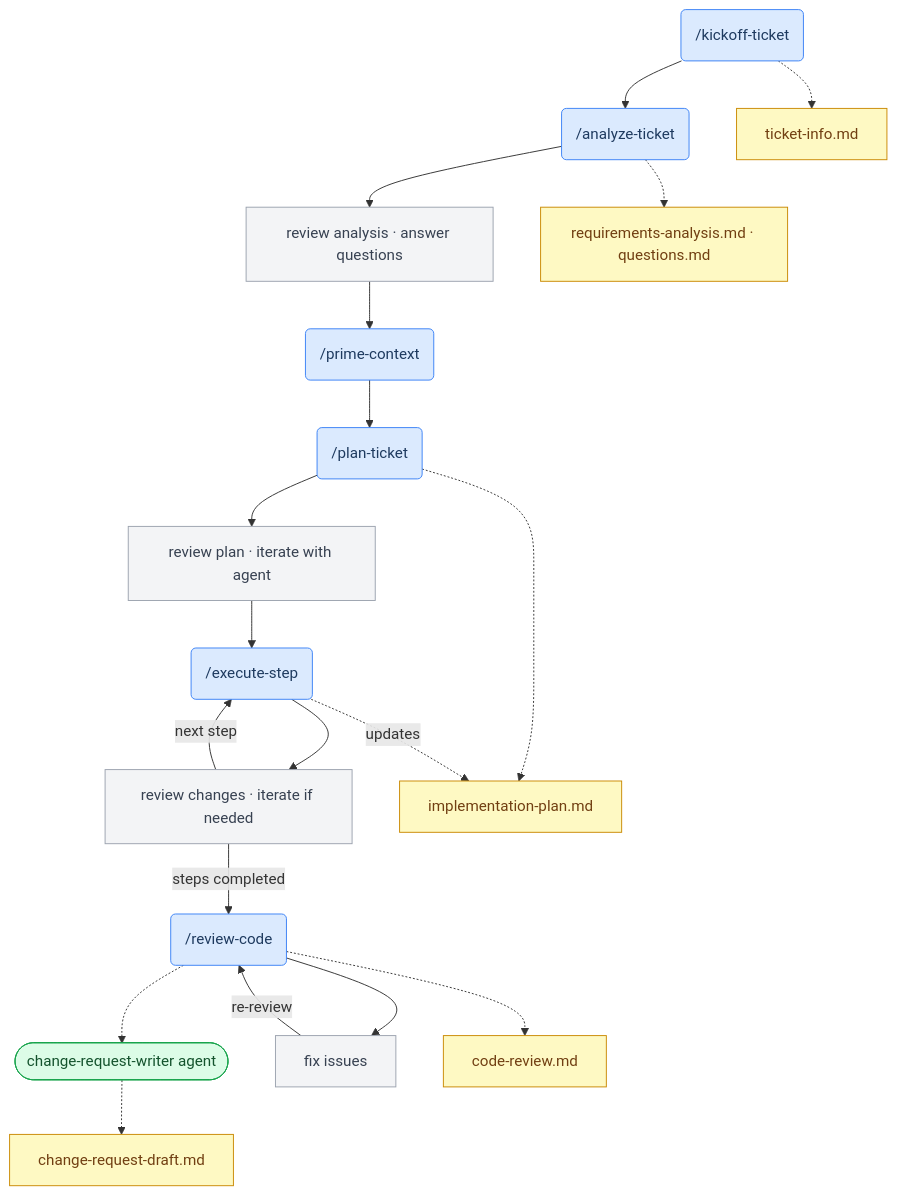
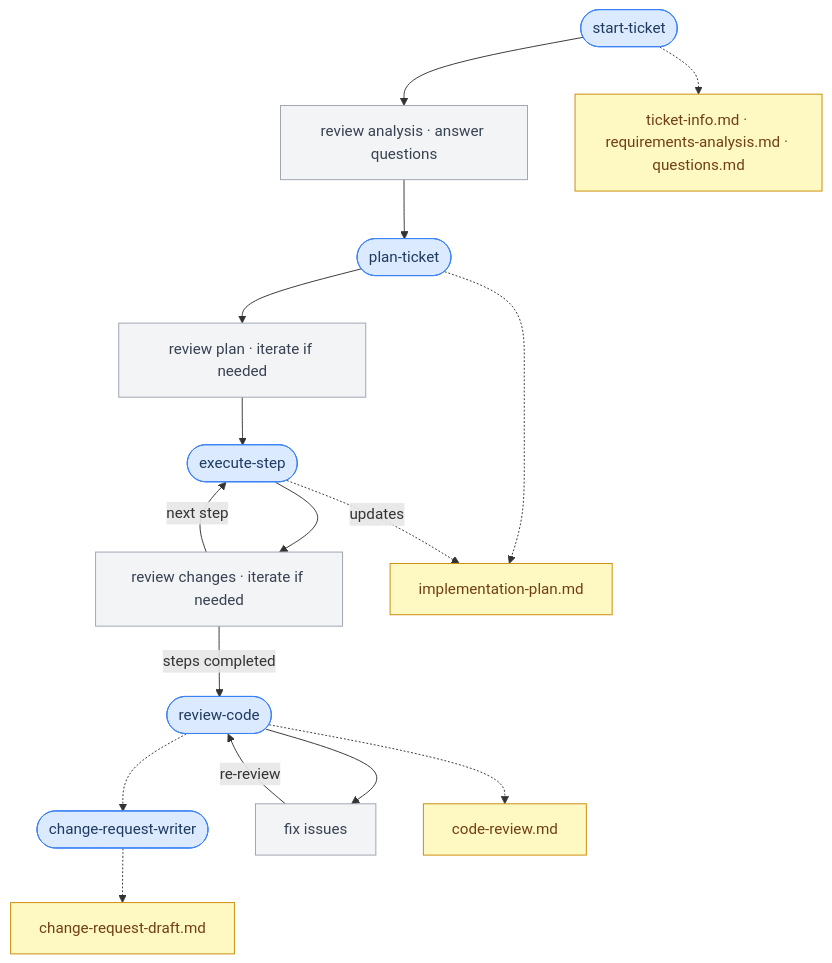
Before and after one commit to kalopilato/dotclaude: the diagram in README.md, drawn with Mermaid. The commit also changed other lines of this file and 11 other files, not shown here.

````diff
--- a/README.md
+++ b/README.md
@@ -40,50 +35,42 @@
 ```mermaid
 flowchart TD
-    PC("/prime-context")
-    KT("/kickoff-ticket")
-    AT("/analyze-ticket")
-    PT("/plan-ticket")
-    ES("/execute-step")
-    RC("/review-code")
-    CRW(["change-request-writer agent"])
+    ST(["start-ticket"])
+    PT(["plan-ticket"])
+    ES(["execute-step"])
+    RC(["review-code"])
+    CRW(["change-request-writer"])
 
     U1["review analysis · answer questions"]
-    U2["review plan · iterate with agent"]
+    U2["review plan · iterate if needed"]
     U3["review changes · iterate if needed"]
     U4["fix issues"]
 
-    D1["ticket-info.md"]
-    D2["requirements-analysis.md · questions.md"]
-    D3["implementation-plan.md"]
-    D4["code-review.md"]
-    D5["change-request-draft.md"]
+    D1["ticket-info.md · requirements-analysis.md · questions.md"]
+    D2["implementation-plan.md"]
+    D3["code-review.md"]
+    D4["change-request-draft.md"]
 
-    KT --> AT
-    AT --> U1
-    U1 --> PC
-    PC --> PT
+    ST --> U1
+    U1 --> PT
     PT --> U2
     U2 --> ES
     ES --> U3
     U3 -->|"next step"| ES
     U3 -->|"steps completed"| RC
     RC --> U4
     U4 -->|"re-review"| RC
     RC -.-> CRW
 
-    KT -.-> D1
-    AT -.-> D2
-    PT -.-> D3
-    ES -. updates .-> D3
-    RC -.-> D4
-    CRW -.-> D5
+    ST -.-> D1
+    PT -.-> D2
+    ES -. updates .-> D2
+    RC -.-> D3
+    CRW -.-> D4
 
-    classDef cmd fill:#dbeafe,stroke:#3b82f6,color:#1e3a5f
+    classDef skill fill:#dbeafe,stroke:#3b82f6,color:#1e3a5f
     classDef user fill:#f3f4f6,stroke:#9ca3af,color:#374151
-    classDef agent fill:#dcfce7,stroke:#16a34a,color:#14532d
     classDef doc fill:#fef9c3,stroke:#ca8a04,color:#713f12
-    class PC,KT,AT,PT,ES,RC cmd
+    class ST,PT,ES,RC,CRW skill
     class U1,U2,U3,U4 user
-    class CRW agent
-    class D1,D2,D3,D4,D5 doc
+    class D1,D2,D3,D4 doc
 ```
````
